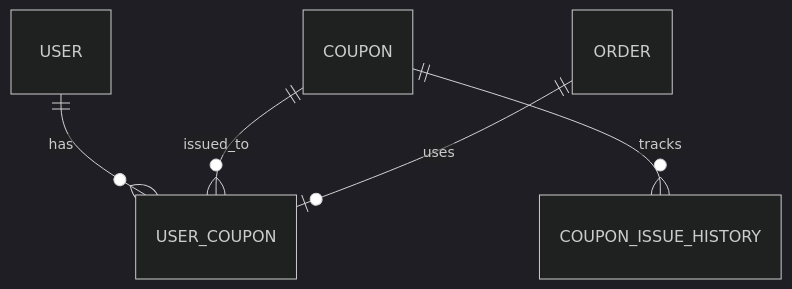
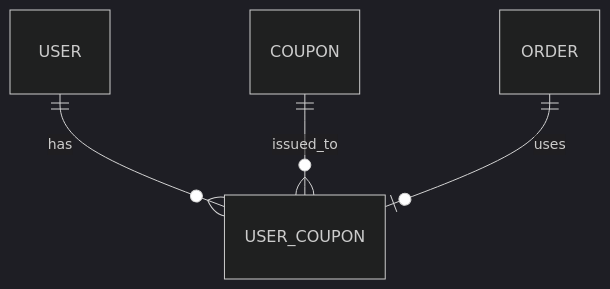
The sixth of 7 diagrams in ecommerce/docs/api/data-models.md (jay05410/hanghae10-for-study), drawn with Mermaid (dark theme) before and after one commit. The commit also changed other lines of this file and 4 other files, not shown here.

````diff
--- a/ecommerce/docs/api/data-models.md
+++ b/ecommerce/docs/api/data-models.md
@@ -292,7 +376,6 @@
 ```mermaid
 erDiagram
     USER ||--o{ USER_COUPON : has
     COUPON ||--o{ USER_COUPON : issued_to
-    COUPON ||--o{ COUPON_ISSUE_HISTORY : tracks
     ORDER ||--o| USER_COUPON : uses
 ```
````
